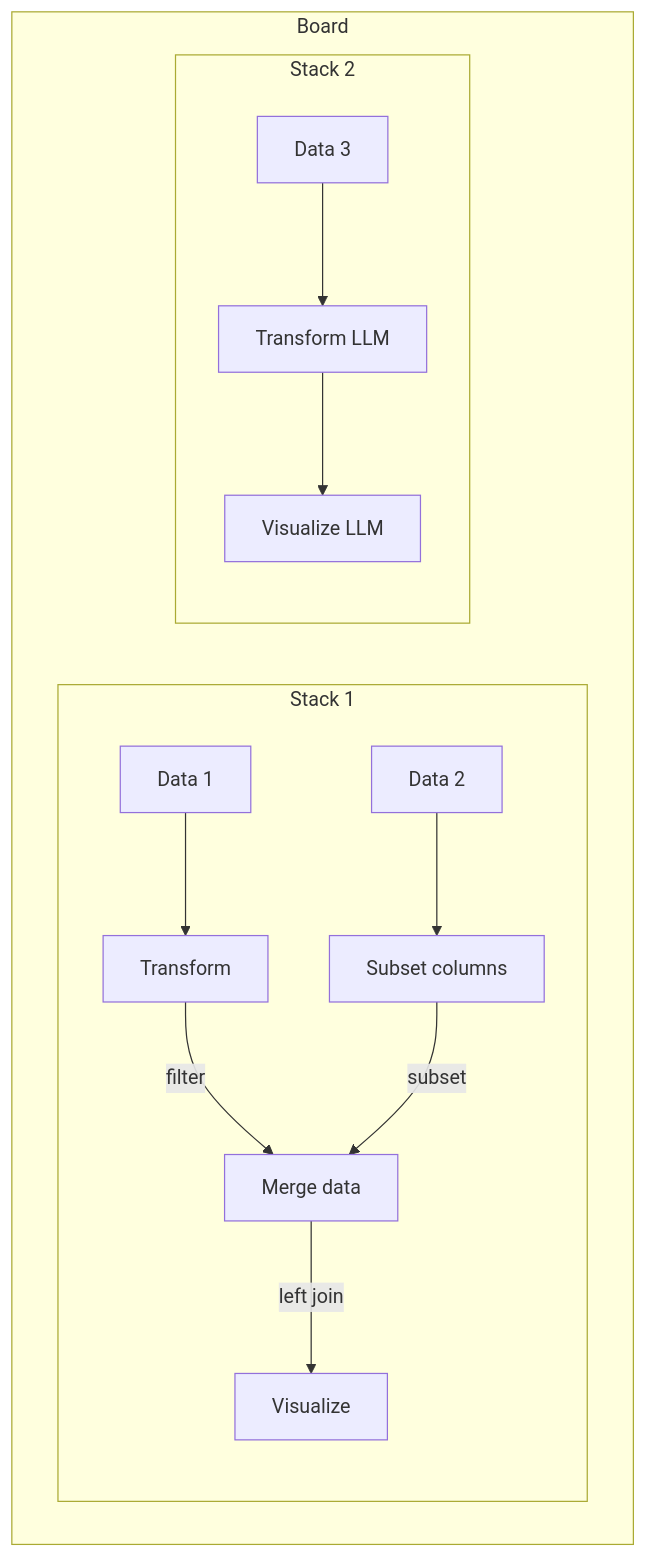
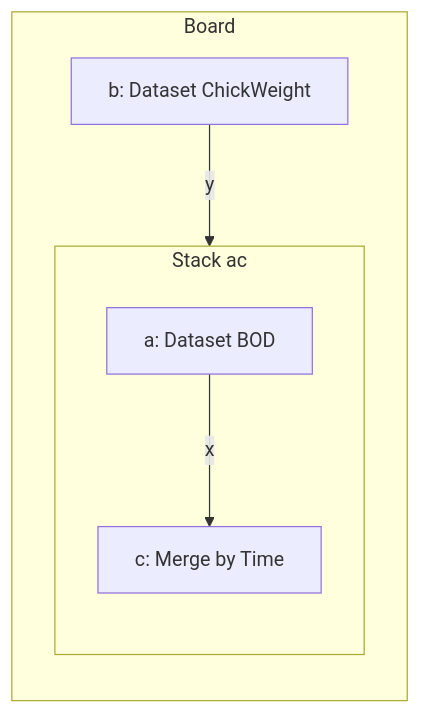
The diagram in vignettes/mermaid/board-dag.mmd (BristolMyersSquibb/blockr.core), drawn with Mermaid before and after one commit. The commit also changed 2 other files, not shown here.

```diff
--- a/vignettes/mermaid/board-dag.mmd
+++ b/vignettes/mermaid/board-dag.mmd
@@ -1,23 +1,14 @@
-flowchart TD
+flowchart LR
   subgraph board[Board]
 
-    subgraph stack1[Stack 1]
+    subgraph stack[Stack ac]
       direction TB
-      import[Data 1]
-      transform[Transform]
-      visualize[Visualize]
-      import2[Data 2]
-      merge[Merge data]
-      transform2[Subset columns]
-      import --> transform --> |filter| merge --> |left join| visualize
-      import2 --> transform2 --> |subset| merge
+      a[a: Dataset BOD]
+      c[c: Merge by Time]
     end
 
-    subgraph stack2[Stack 2]
-      direction TB
-      import3[Data 3]
-      llm[Transform LLM]
-      visualise_llm[Visualize LLM]
-      import3 --> llm --> visualise_llm
-    end
+    b[b: Dataset ChickWeight]
+
+    a --> |x| c
+    b --> |y| c
   end
```
